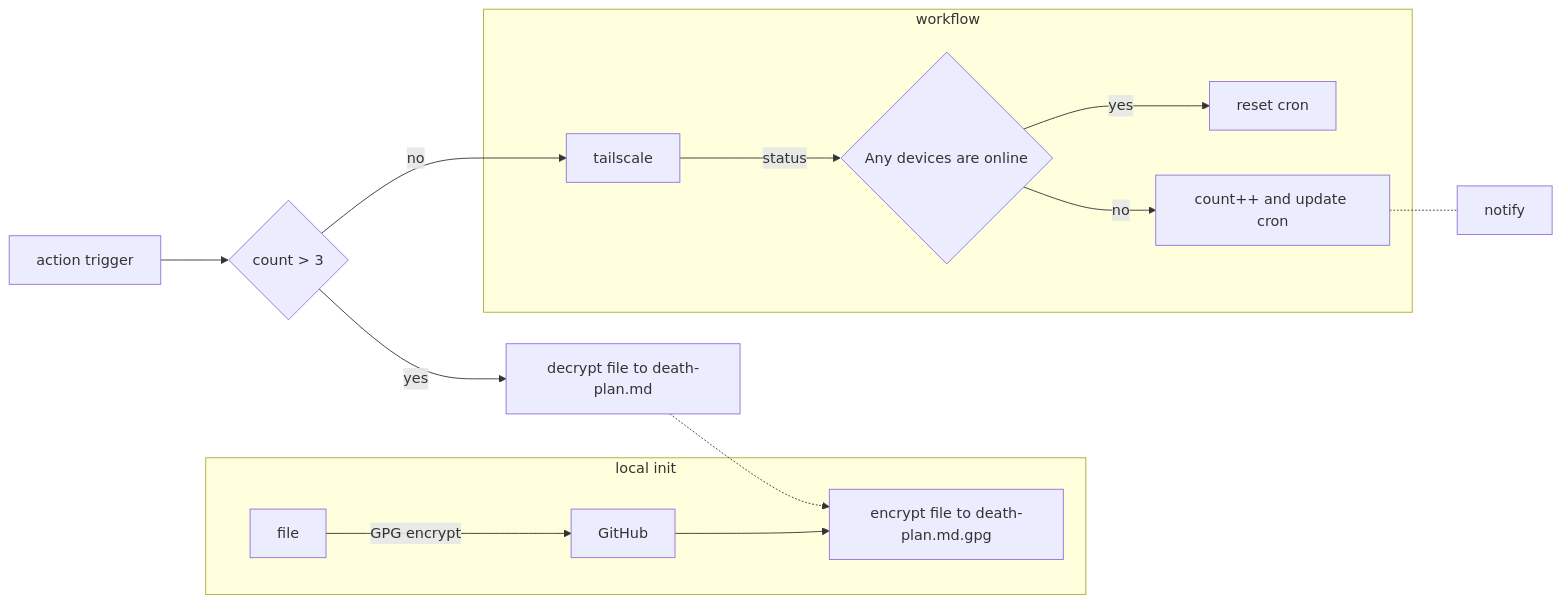
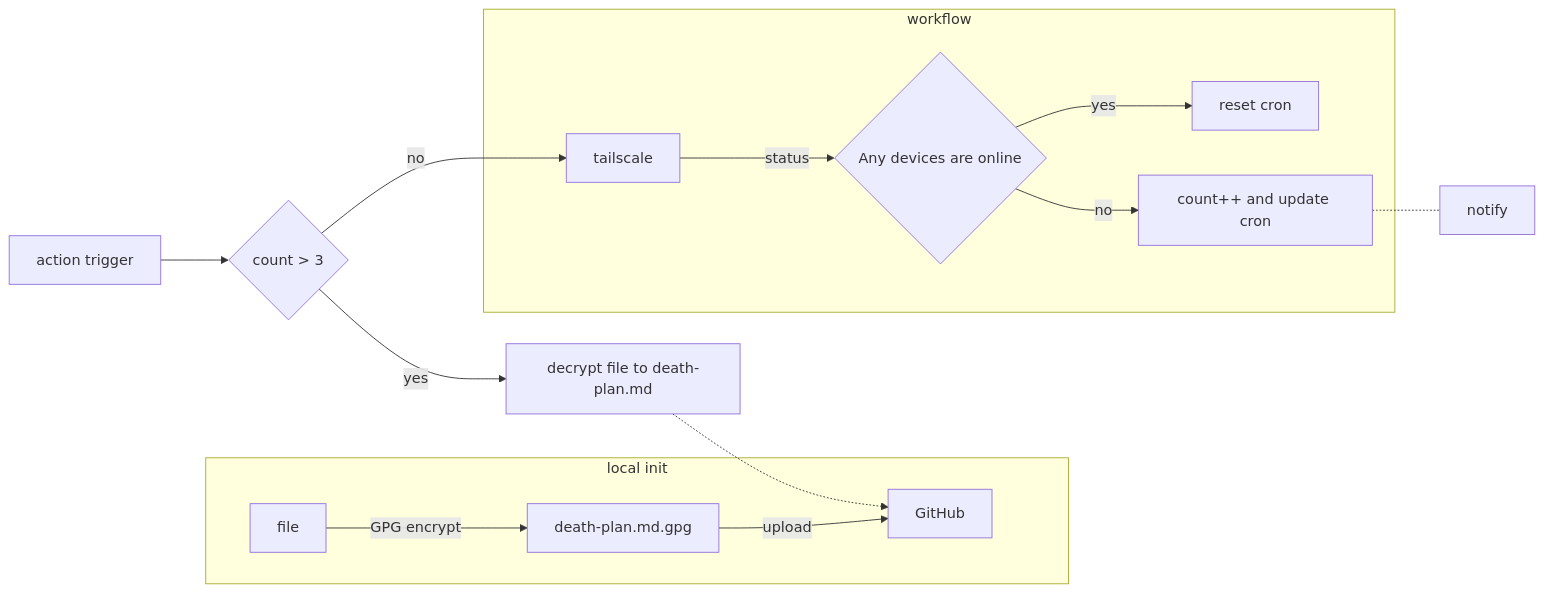
The diagram in README.md (bxb100/death-plan), drawn with Mermaid before and after one commit.

````diff
--- a/README.md
+++ b/README.md
@@ -13,19 +13,19 @@
 ```mermaid
 flowchart LR
     subgraph "local init"
-        A[file] -->|GPG encrypt| B[GitHub]
-        B --> C[encrypt file to death-plan.md.gpg]
+        A[file] -->|GPG encrypt| B[death-plan.md.gpg]
+        B --> |upload|C[GitHub]
     end
 
     subgraph "workflow"
         D[tailscale] -->|status| id1{Any devices are online}
         id1 -->|yes| F0[reset cron]
         id1 -->|no| G[count++ and update cron]
     end
 
     G -.- End[notify]
     H[action trigger] --> id2{count > 3}
     id2 -->|no| D
     id2 -->|yes| F1[decrypt file to death-plan.md]
     F1 -.-> C
 ```
````
